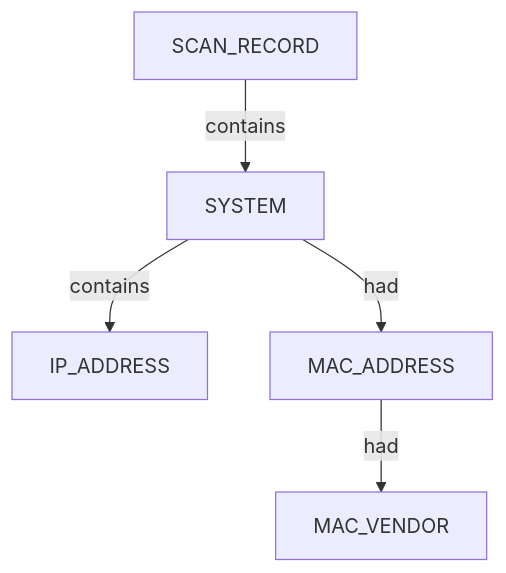
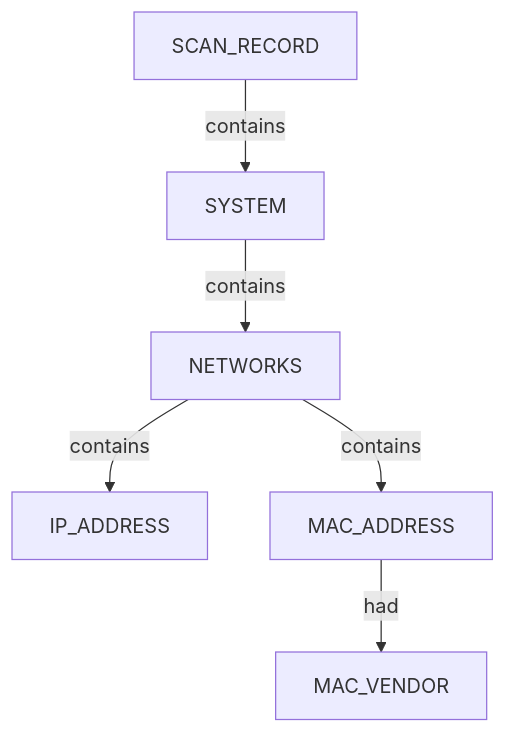
Before and after one commit to brettforbes/spiderfeet: the second of 3 diagrams in .docs/docs-for-cli-tools/nugget_structure/netdiscover_nugget_graph_structure.md, drawn with Mermaid. The commit also changed other lines of this file and 32 other files, not shown here.

First line of the commit message:
Accept netdiscover CLI examination with deduped graphs and narratives.

````diff
--- a/.docs/docs-for-cli-tools/nugget_structure/netdiscover_nugget_graph_structure.md
+++ b/.docs/docs-for-cli-tools/nugget_structure/netdiscover_nugget_graph_structure.md
@@ -21,12 +54,14 @@
 ```mermaid
 flowchart TD
   scan["SCAN_RECORD"]
   system["SYSTEM"]
+  nets["NETWORKS"]
   ip["IP_ADDRESS"]
   mac["MAC_ADDRESS"]
   vendor["MAC_VENDOR"]
   scan -->|contains| system
-  system -->|contains| ip
-  system -->|had| mac
+  system -->|contains| nets
+  nets -->|contains| ip
+  nets -->|contains| mac
   mac -->|had| vendor
 ```
````
